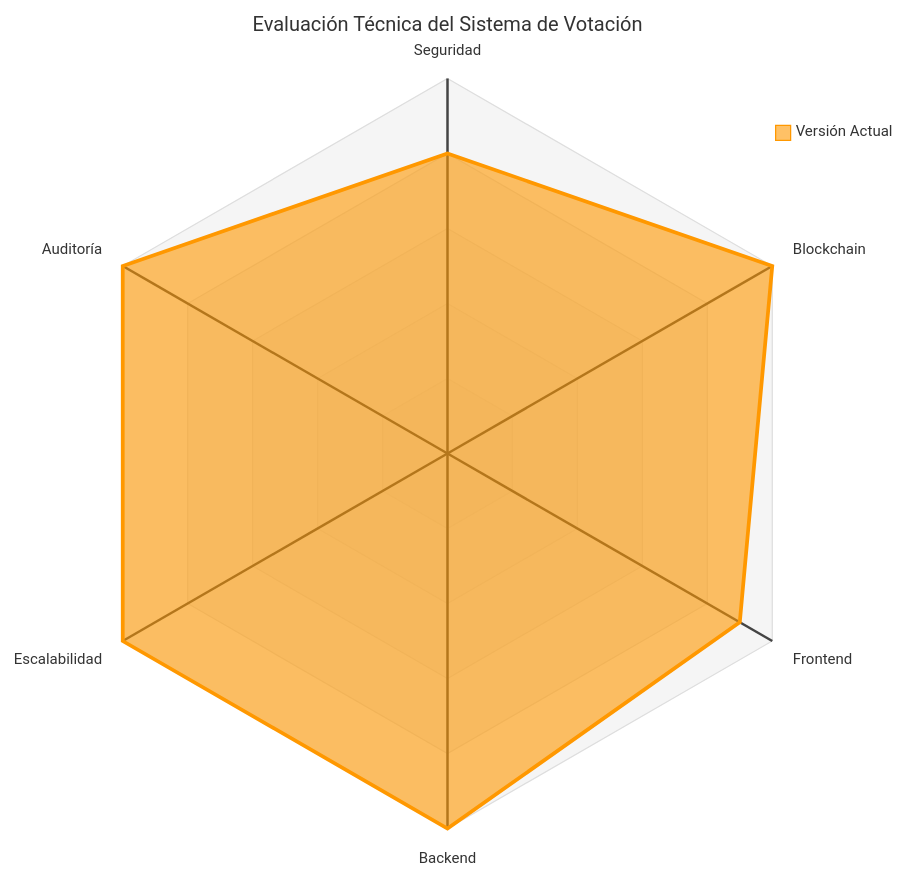
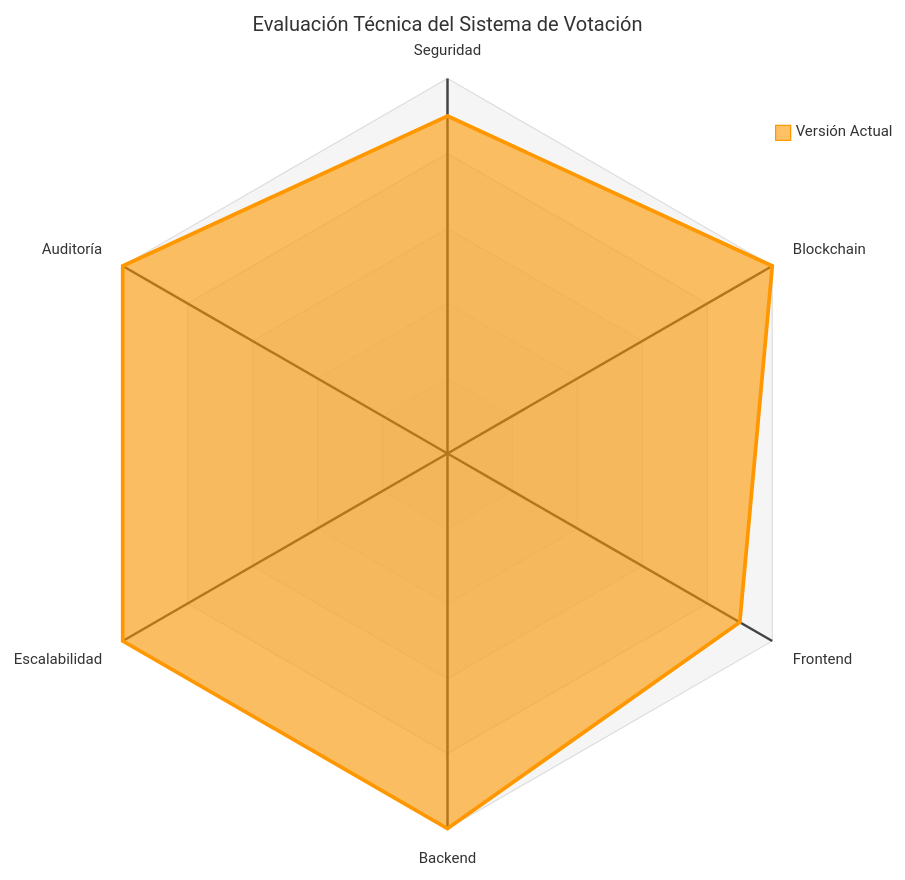
Before and after one commit to OnyxVariables/AGORA: the diagram in docs/Diagrama_Radar.md, drawn with Mermaid.

Commit message:
chore(docs): update radar score

````diff
--- a/docs/Diagrama_Radar.md
+++ b/docs/Diagrama_Radar.md
@@ -44,26 +44,26 @@
 ```mermaid
 ---
 config:
   themeVariables:
     cScale0: "#ff9800"
     radar:
       axisColor: "#444"
       curveOpacity: 0.6
       curveStrokeWidth: 3
 ---
 radar-beta
   title Evaluación Técnica del Sistema de Votación
 
   axis seguridad["Seguridad"]
   axis blockchain["Blockchain"]
   axis frontend["Frontend"]
   axis backend["Backend"]
   axis escalabilidad["Escalabilidad"]
   axis auditoria["Auditoría"]
 
-  curve actual["Versión Actual"]{8, 10, 9, 10, 10, 10}
+  curve actual["Versión Actual"]{9, 10, 9, 10, 10, 10}
 
   graticule polygon
   ticks 5
   max 10
 ```
````
